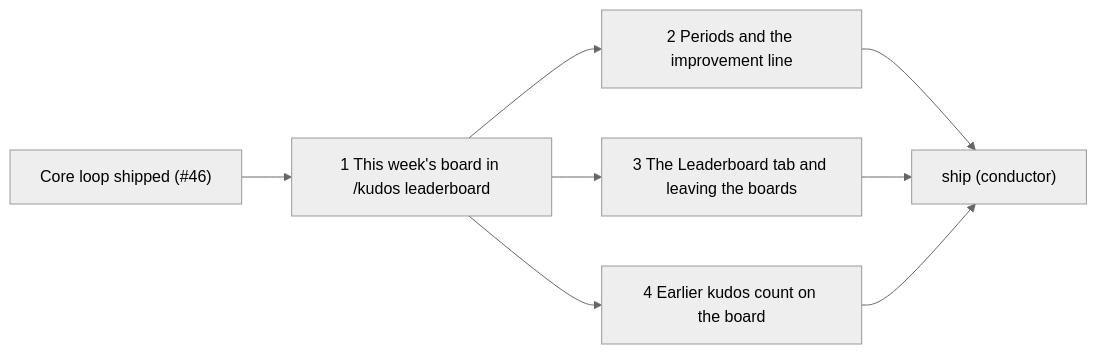
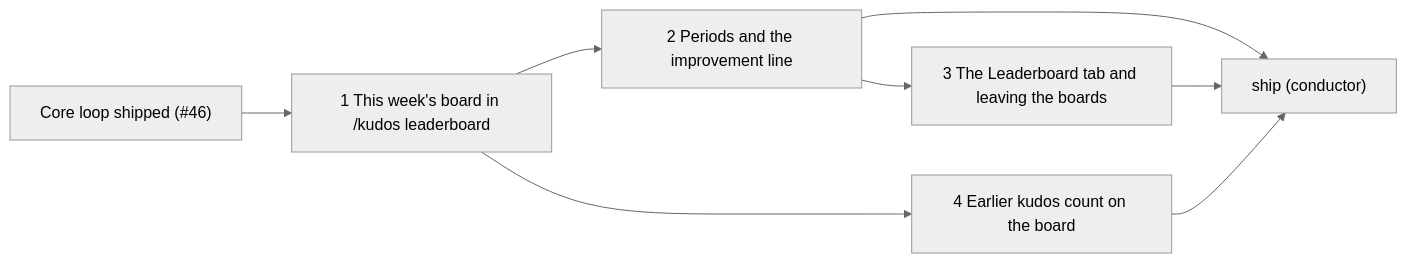
Before and after one commit to Silthus/kudos: the diagram in spec/groups-everyone-board-tickets.md, drawn with Mermaid (neutral theme). The commit also changed other lines of this file and 2 other files, not shown here.

````diff
--- a/spec/groups-everyone-board-tickets.md
+++ b/spec/groups-everyone-board-tickets.md
@@ -9,10 +9,10 @@
 ```mermaid
 flowchart LR
   CORE["Core loop shipped (#46)"] --> T1["1 This week's board in /kudos leaderboard"]
   T1 --> T2["2 Periods and the improvement line"]
-  T1 --> T3["3 The Leaderboard tab and leaving the boards"]
+  T2 --> T3["3 The Leaderboard tab and leaving the boards"]
   T1 --> T4["4 Earlier kudos count on the board"]
   T2 --> SHIP["ship (conductor)"]
   T3 --> SHIP
   T4 --> SHIP
 ```
````
